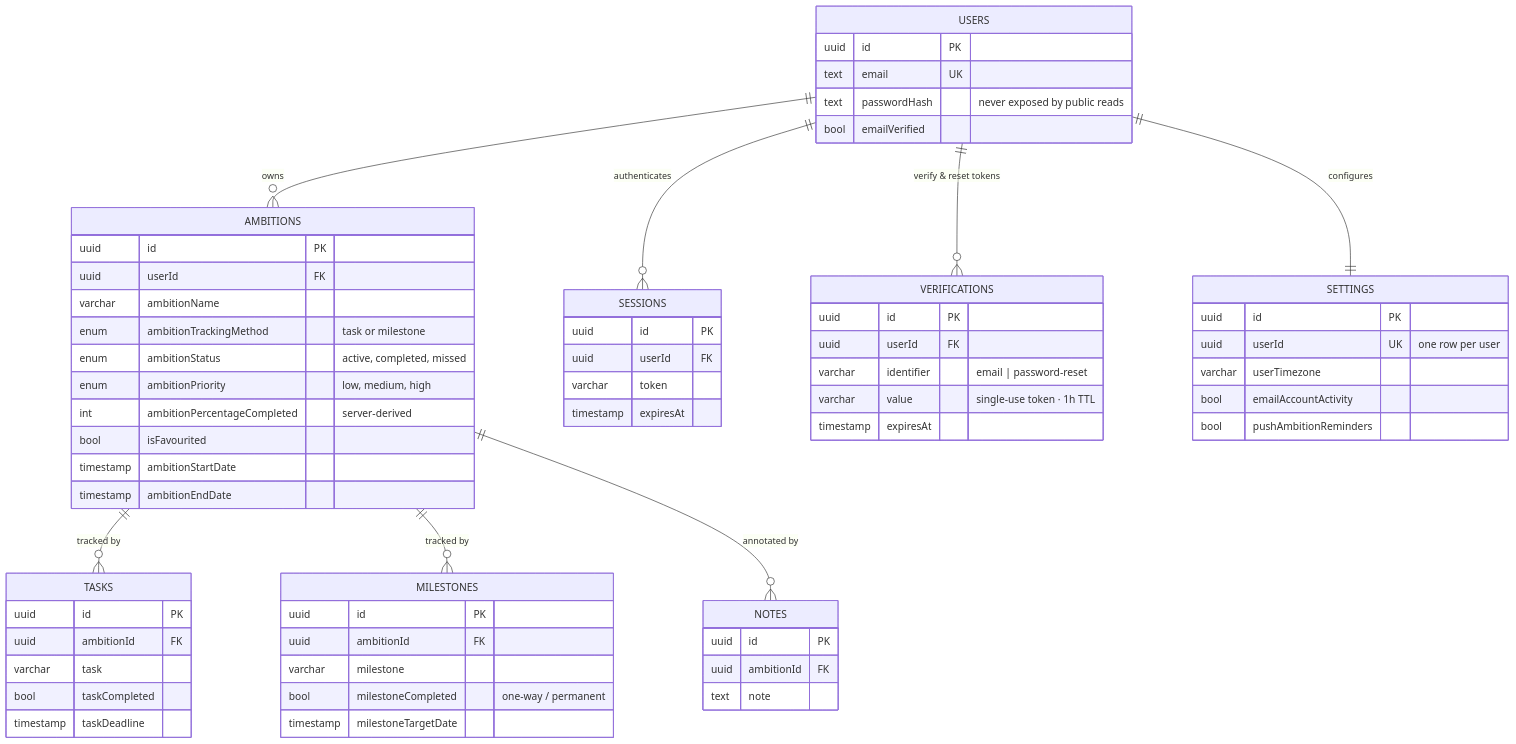
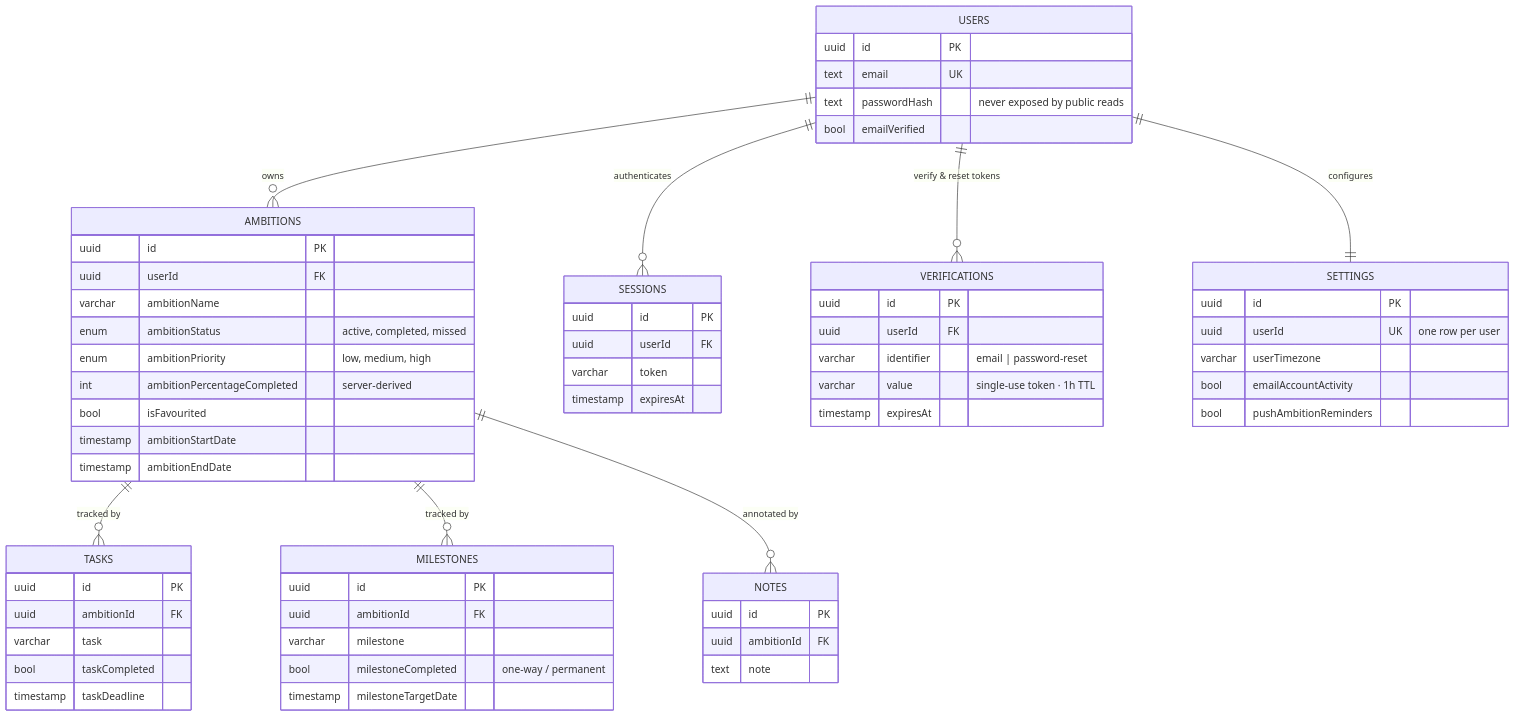
The third of 3 diagrams in README.md (hemants1703/AmbitiousYou), drawn with Mermaid before and after one commit. The commit also changed other lines of this file and 39 other files, not shown here.

````diff
--- a/README.md
+++ b/README.md
@@ -239,68 +239,67 @@
 ```mermaid
 erDiagram
     USERS ||--o{ AMBITIONS : owns
     USERS ||--o{ SESSIONS : authenticates
     USERS ||--o{ VERIFICATIONS : "verify & reset tokens"
     USERS ||--|| SETTINGS : configures
     AMBITIONS ||--o{ TASKS : "tracked by"
     AMBITIONS ||--o{ MILESTONES : "tracked by"
     AMBITIONS ||--o{ NOTES : "annotated by"
 
     USERS {
         uuid id PK
         text email UK
         text passwordHash "never exposed by public reads"
         bool emailVerified
     }
     AMBITIONS {
         uuid id PK
         uuid userId FK
         varchar ambitionName
-        enum ambitionTrackingMethod "task or milestone"
         enum ambitionStatus "active, completed, missed"
         enum ambitionPriority "low, medium, high"
         int ambitionPercentageCompleted "server-derived"
         bool isFavourited
         timestamp ambitionStartDate
         timestamp ambitionEndDate
     }
     TASKS {
         uuid id PK
         uuid ambitionId FK
         varchar task
         bool taskCompleted
         timestamp taskDeadline
     }
     MILESTONES {
         uuid id PK
         uuid ambitionId FK
         varchar milestone
         bool milestoneCompleted "one-way / permanent"
         timestamp milestoneTargetDate
     }
     NOTES {
         uuid id PK
         uuid ambitionId FK
         text note
     }
     SETTINGS {
         uuid id PK
         uuid userId UK "one row per user"
         varchar userTimezone
         bool emailAccountActivity
         bool pushAmbitionReminders
     }
     SESSIONS {
         uuid id PK
         uuid userId FK
         varchar token
         timestamp expiresAt
     }
     VERIFICATIONS {
         uuid id PK
         uuid userId FK
         varchar identifier "email | password-reset"
         varchar value "single-use token · 1h TTL"
         timestamp expiresAt
     }
 ```
````
